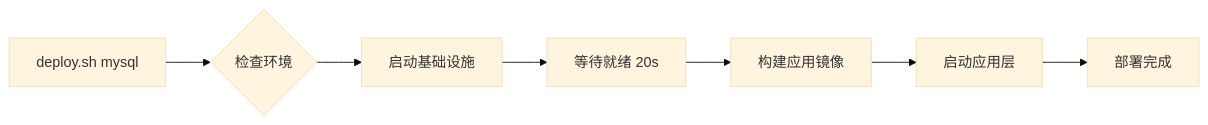
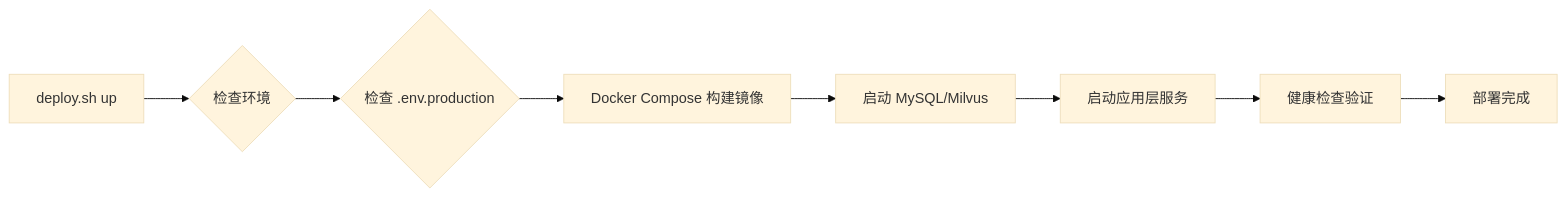
Before and after one commit to xmgfy/MGAgent: the diagram in website/docs/development/scripts.md, drawn with Mermaid (base theme). The commit also changed other lines of this file and 16 other files, not shown here.

````diff
--- a/website/docs/development/scripts.md
+++ b/website/docs/development/scripts.md
@@ -242,9 +257,10 @@
 ```mermaid
 flowchart LR
-    A[deploy.sh mysql] --> B{检查环境}
-    B --> C[启动基础设施]
-    C --> D[等待就绪 20s]
-    D --> E[构建应用镜像]
-    E --> F[启动应用层]
-    F --> G[部署完成]
+    A[deploy.sh up] --> B{检查环境}
+    B --> C{检查 .env.production}
+    C --> D[Docker Compose 构建镜像]
+    D --> E[启动 MySQL/Milvus]
+    E --> F[启动应用层服务]
+    F --> G[健康检查验证]
+    G --> H[部署完成]
 ```
````
